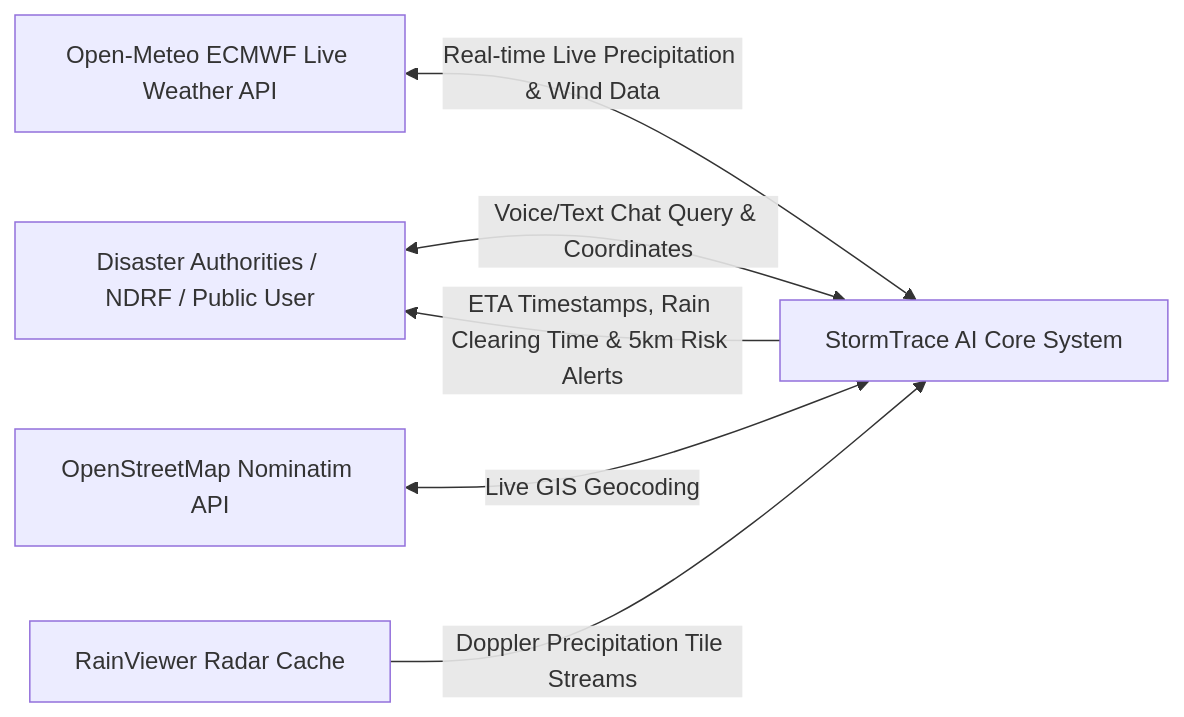
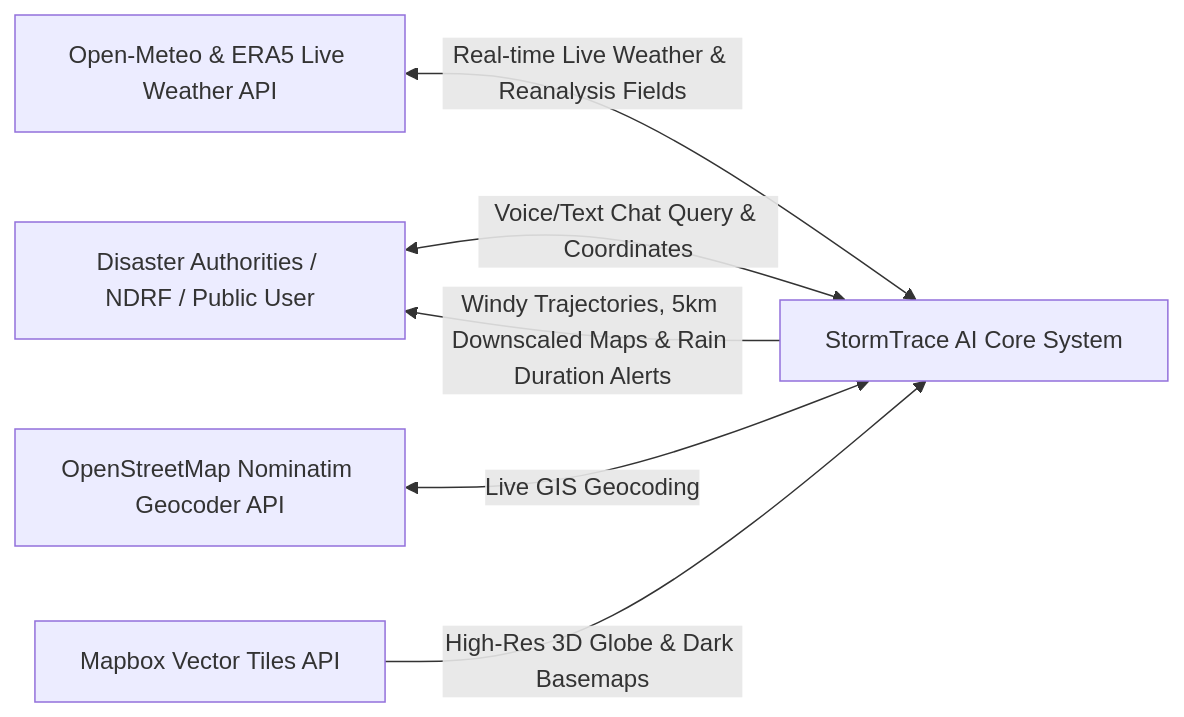
One commit to Alokzhan/wheatherSIH changed the second of 4 diagrams in README.md. Above: the diagram before and after it, drawn with Mermaid. The commit also changed other lines of this file and 14 other files, not shown here.

Commit message:
feat: Add Windy Cyclone Tracker, update SIH26078 scientific status, DFD diagrams and model checkpoints

````diff
--- a/README.md
+++ b/README.md
@@ -167,8 +170,8 @@
 ```mermaid
 graph LR
     User["Disaster Authorities / NDRF / Public User"] <-->|"Voice/Text Chat Query & Coordinates"| StormTrace["StormTrace AI Core System"]
-    OpenMeteo["Open-Meteo ECMWF Live Weather API"] <-->|"Real-time Live Precipitation & Wind Data"| StormTrace
-    Nominatim["OpenStreetMap Nominatim API"] <-->|"Live GIS Geocoding"| StormTrace
-    RainViewer["RainViewer Radar Cache"] -->|"Doppler Precipitation Tile Streams"| StormTrace
-    StormTrace -->|"ETA Timestamps, Rain Clearing Time & 5km Risk Alerts"| User
+    OpenMeteo["Open-Meteo & ERA5 Live Weather API"] <-->|"Real-time Live Weather & Reanalysis Fields"| StormTrace
+    Nominatim["OpenStreetMap Nominatim Geocoder API"] <-->|"Live GIS Geocoding"| StormTrace
+    Mapbox["Mapbox Vector Tiles API"] -->|"High-Res 3D Globe & Dark Basemaps"| StormTrace
+    StormTrace -->|"Windy Trajectories, 5km Downscaled Maps & Rain Duration Alerts"| User
 ```
````
